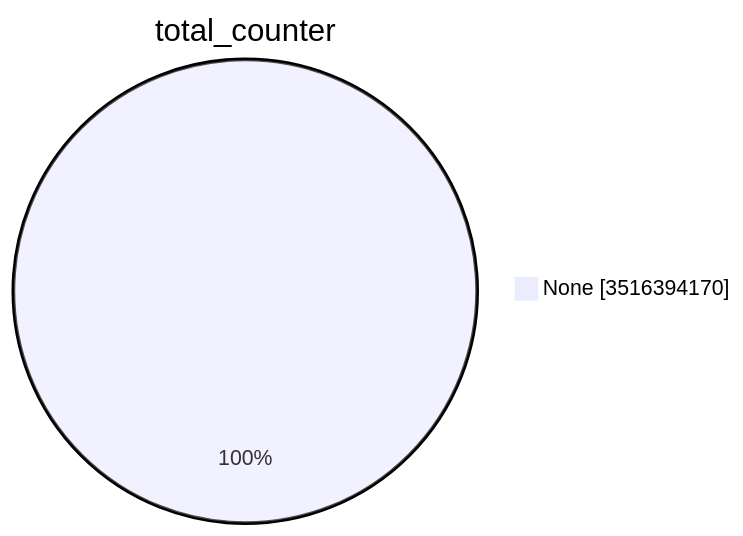
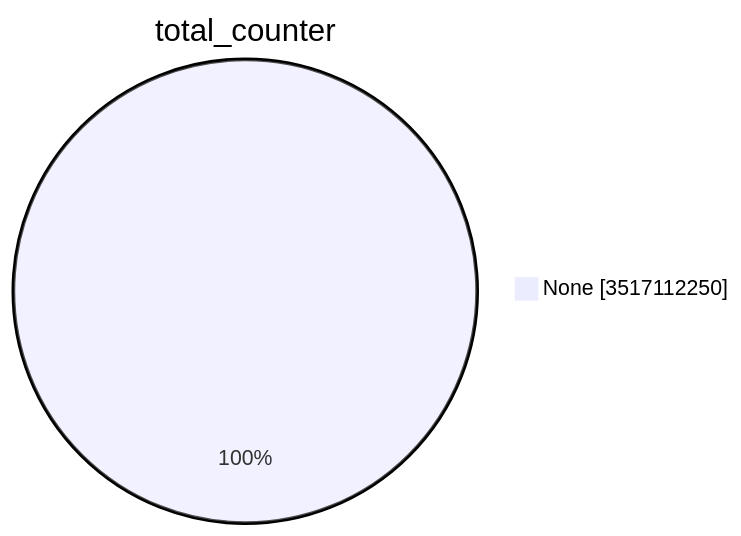
The first of 15 diagrams in TOTAL/README.md (christiankrug/ctmonitor_visualization), drawn with Mermaid before and after one commit. The commit also changed other lines of this file, not shown here.

````diff
--- a/TOTAL/README.md
+++ b/TOTAL/README.md
@@ -1,5 +1,5 @@
 ```mermaid
 pie showData
 title total_counter
-"None" :3516394170
+"None" :3517112250
 ```
````
